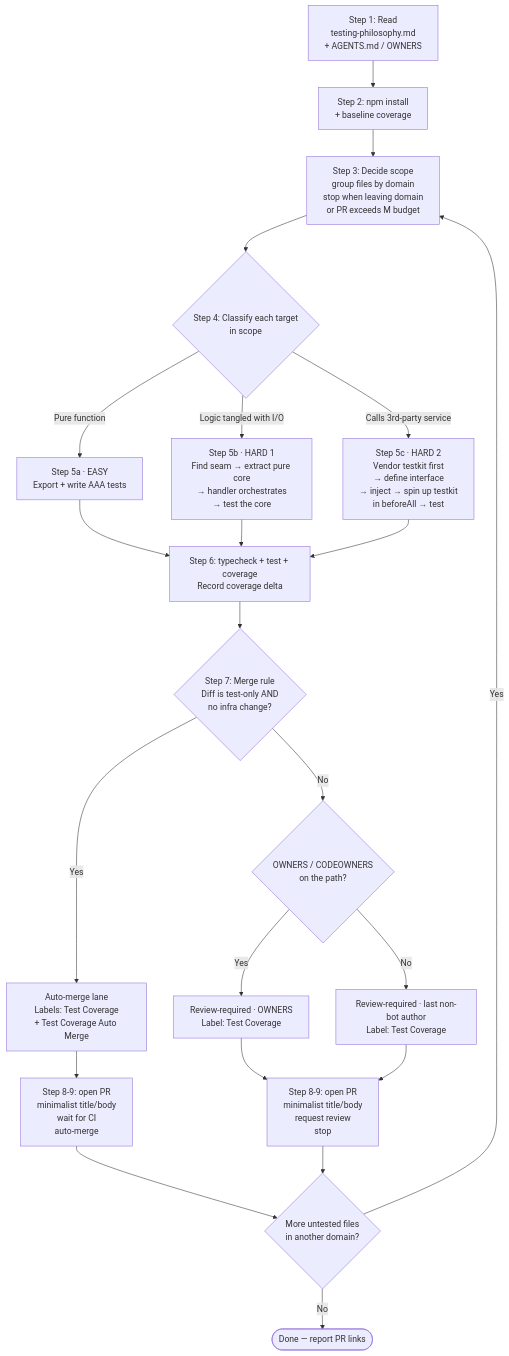
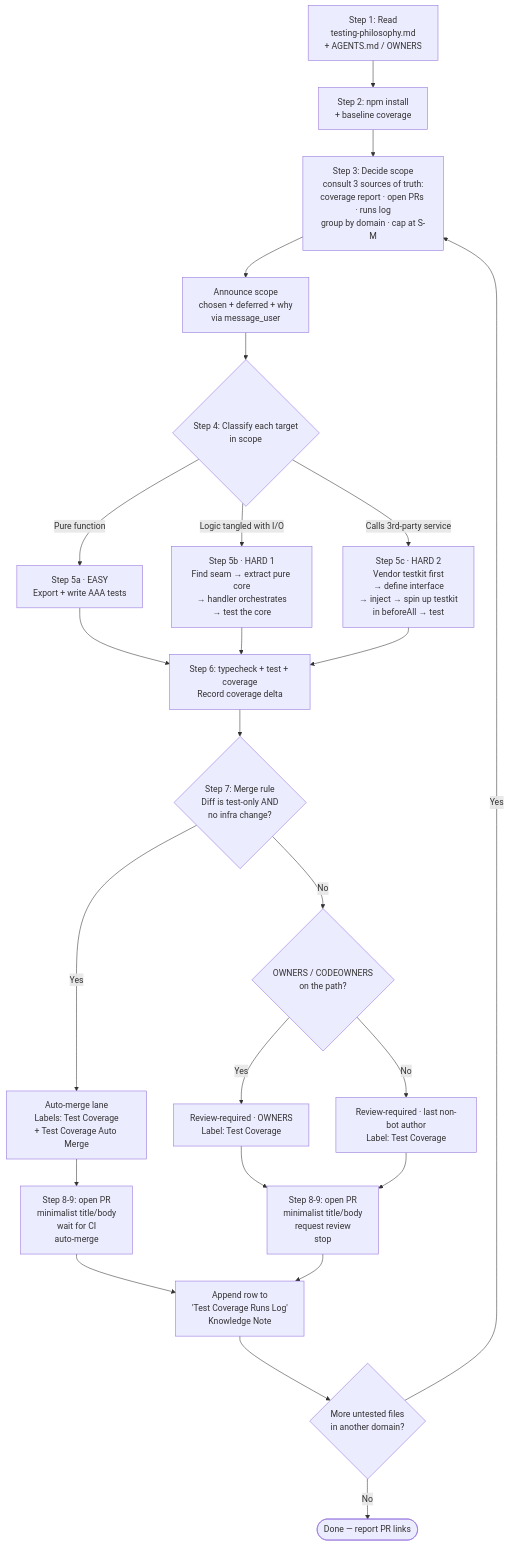
Before and after one commit to bnbarak/cognition: the diagram in .agents/playbooks/test-coverage.md, drawn with Mermaid. The commit also changed other lines of this file, not shown here.

Commit message:
docs(playbook): consult 3 sources of truth for scope; announce + log each run

````diff
--- a/.agents/playbooks/test-coverage.md
+++ b/.agents/playbooks/test-coverage.md
@@ -27,31 +27,33 @@
 ```mermaid
 flowchart TD
     A[Step 1: Read<br/>testing-philosophy.md<br/>+ AGENTS.md / OWNERS] --> B[Step 2: npm install<br/>+ baseline coverage]
-    B --> S[Step 3: Decide scope<br/>group files by domain<br/>stop when leaving domain<br/>or PR exceeds M budget]
-    S --> C{Step 4: Classify each target<br/>in scope}
+    B --> S[Step 3: Decide scope<br/>consult 3 sources of truth:<br/>coverage report · open PRs · runs log<br/>group by domain · cap at S-M]
+    S --> SA[Announce scope<br/>chosen + deferred + why<br/>via message_user]
+    SA --> C{Step 4: Classify each target<br/>in scope}
 
     C -->|Pure function| E[Step 5a · EASY<br/>Export + write AAA tests]
     C -->|Logic tangled with I/O| H1[Step 5b · HARD 1<br/>Find seam → extract pure core<br/>→ handler orchestrates<br/>→ test the core]
     C -->|Calls 3rd-party service| H2[Step 5c · HARD 2<br/>Vendor testkit first<br/>→ define interface<br/>→ inject → spin up testkit<br/>in beforeAll → test]
 
     E --> R[Step 6: typecheck + test + coverage<br/>Record coverage delta]
     H1 --> R
     H2 --> R
 
     R --> M{Step 7: Merge rule<br/>Diff is test-only AND<br/>no infra change?}
 
     M -->|Yes| AM[Auto-merge lane<br/>Labels: Test Coverage<br/>+ Test Coverage Auto Merge]
     M -->|No| RR{OWNERS / CODEOWNERS<br/>on the path?}
 
     RR -->|Yes| RR1[Review-required · OWNERS<br/>Label: Test Coverage]
     RR -->|No| RR2[Review-required · last non-bot author<br/>Label: Test Coverage]
 
     AM --> PR[Step 8-9: open PR<br/>minimalist title/body<br/>wait for CI<br/>auto-merge]
     RR1 --> PRR[Step 8-9: open PR<br/>minimalist title/body<br/>request review<br/>stop]
     RR2 --> PRR
 
-    PR --> Next{More untested files<br/>in another domain?}
-    PRR --> Next
+    PR --> Log[Append row to<br/>'Test Coverage Runs Log'<br/>Knowledge Note]
+    PRR --> Log
+    Log --> Next{More untested files<br/>in another domain?}
     Next -->|Yes| S
     Next -->|No| Done([Done — report PR links])
 ```
````
